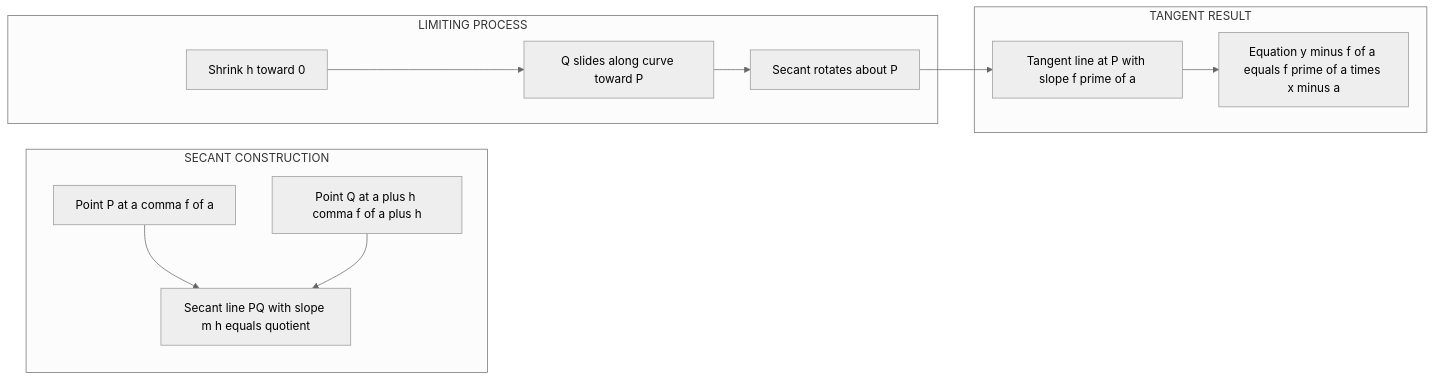
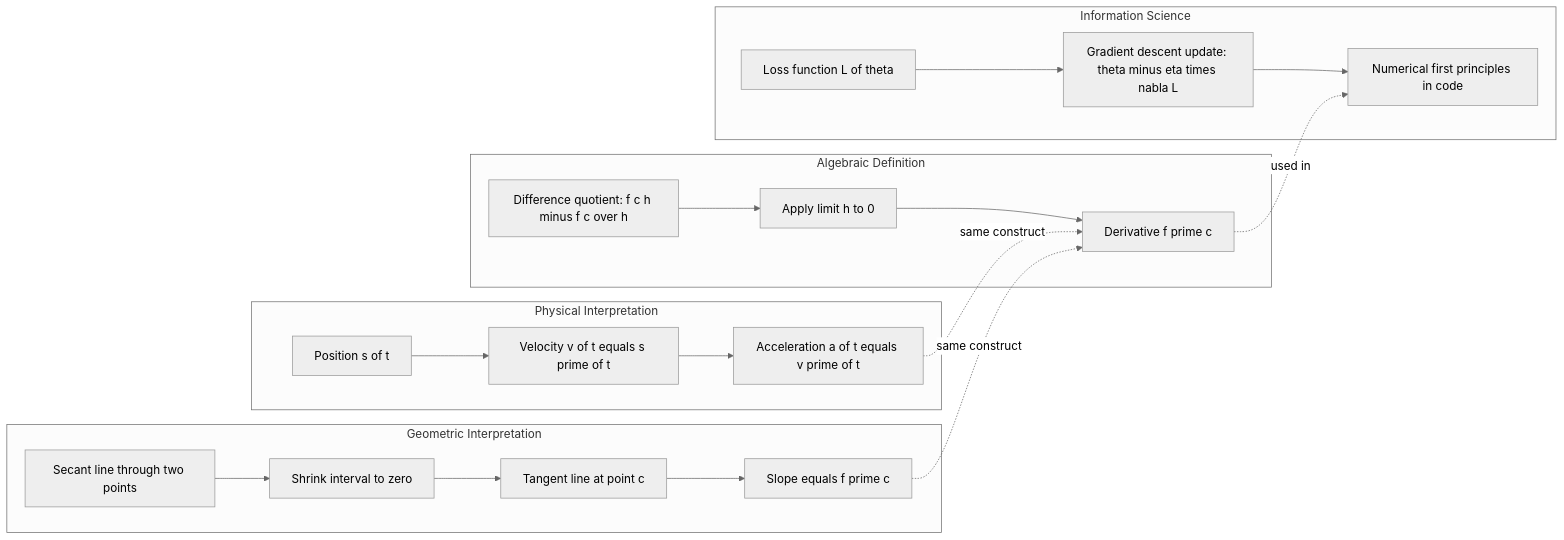
One commit to vishnuu-kr/ktunode changed the second of 4 diagrams in public/notes/computer-science-and-engineering/semester-1/gamat101-mathematics-for-information-science-1/01-module-1-limits-of-function-values/rates-of-change-derivative-at-a-point/notes.md. Above: the diagram before and after it, drawn with Mermaid (neutral theme). The commit also changed other lines of this file and 4829 other files, not shown here.

````diff
--- a/public/notes/computer-science-and-engineering/semester-1/gamat101-mathematics-for-information-science-1/01-module-1-limits-of-function-values/rates-of-change-derivative-at-a-point/notes.md
+++ b/public/notes/computer-science-and-engineering/semester-1/gamat101-mathematics-for-information-science-1/01-module-1-limits-of-function-values/rates-of-change-derivative-at-a-point/notes.md
@@ -312,26 +481,23 @@
 ```mermaid
-flowchart LR
-    subgraph secant["SECANT CONSTRUCTION"]
-        P1[Point P at a comma f of a]
-        P2[Point Q at a plus h comma f of a plus h]
-        SL[Secant line PQ with slope m h equals quotient]
-        P1 --> SL
-        P2 --> SL
+graph LR
+    subgraph Physics["Physical Interpretation"]
+        P1[Position s of t] --> P2[Velocity v of t equals s prime of t]
+        P2 --> P3[Acceleration a of t equals v prime of t]
     end
-
-    subgraph limit["LIMITING PROCESS"]
-        H1[Shrink h toward 0]
-        P2move[Q slides along curve toward P]
-        SLrotate[Secant rotates about P]
-        H1 --> P2move
-        P2move --> SLrotate
+    subgraph Geometry["Geometric Interpretation"]
+        G1[Secant line through two points] --> G2[Shrink interval to zero]
+        G2 --> G3[Tangent line at point c]
+        G3 --> G4[Slope equals f prime c]
     end
-
-    subgraph tangent["TANGENT RESULT"]
-        TL[Tangent line at P with slope f prime of a]
-        EQN[Equation y minus f of a equals f prime of a times x minus a]
-        TL --> EQN
+    subgraph Algebra["Algebraic Definition"]
+        A1[Difference quotient: f c h minus f c over h] --> A2[Apply limit h to 0]
+        A2 --> A3[Derivative f prime c]
     end
-
-    SLrotate --> TL
+    subgraph CS["Information Science"]
+        C1[Loss function L of theta] --> C2[Gradient descent update: theta minus eta times nabla L]
+        C2 --> C3[Numerical first principles in code]
+    end
+    P3 -.same construct.-> A3
+    G4 -.same construct.-> A3
+    A3 -.used in.-> C3
 ```
````
